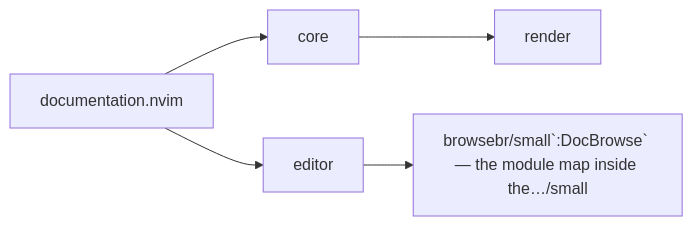
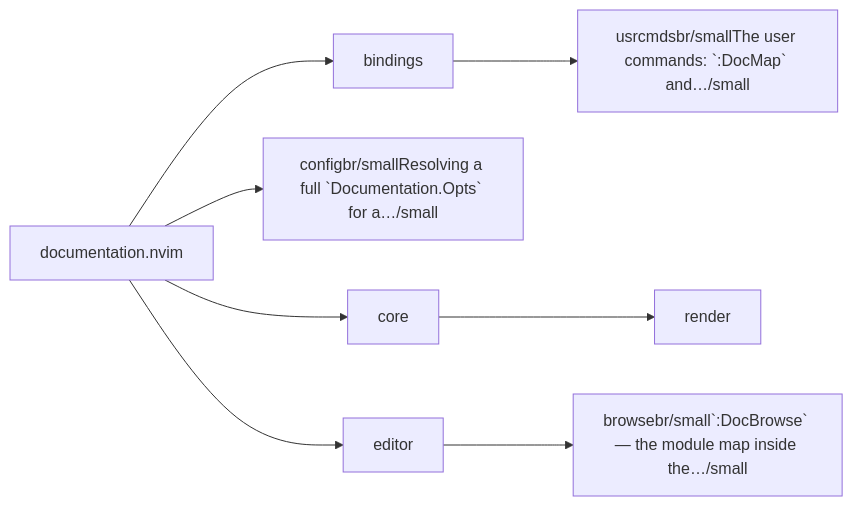
One commit to StefanBartl/documentation.nvim changed the first of 2 diagrams in docs/map/overview.md. Above: the diagram before and after it, drawn with Mermaid. The commit also changed other lines of this file and 67 other files, not shown here.

````diff
--- a/docs/map/overview.md
+++ b/docs/map/overview.md
@@ -14,12 +14,18 @@
 ```mermaid
 flowchart LR
   nlua_documentation["documentation.nvim"]
+  nlua_documentation_bindings["bindings"]
+  nlua_documentation_bindings_usrcmds["usrcmdsbr/smallThe user commands: `:DocMap` and…/small"]
+  nlua_documentation_config["configbr/smallResolving a full `Documentation.Opts` for a…/small"]
   nlua_documentation_core["core"]
   nlua_documentation_core_render["render"]
   nlua_documentation_editor["editor"]
   nlua_documentation_editor_browse["browsebr/small`:DocBrowse` — the module map inside the…/small"]
+  nlua_documentation --> nlua_documentation_bindings
+  nlua_documentation_bindings --> nlua_documentation_bindings_usrcmds
+  nlua_documentation --> nlua_documentation_config
   nlua_documentation --> nlua_documentation_core
   nlua_documentation_core --> nlua_documentation_core_render
   nlua_documentation --> nlua_documentation_editor
   nlua_documentation_editor --> nlua_documentation_editor_browse
 ```
````
